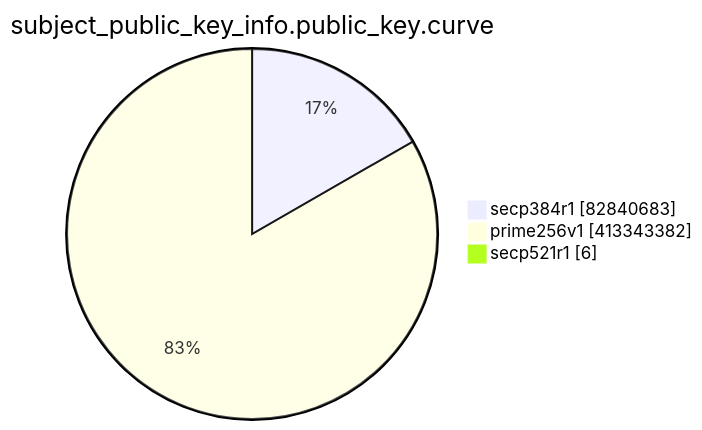
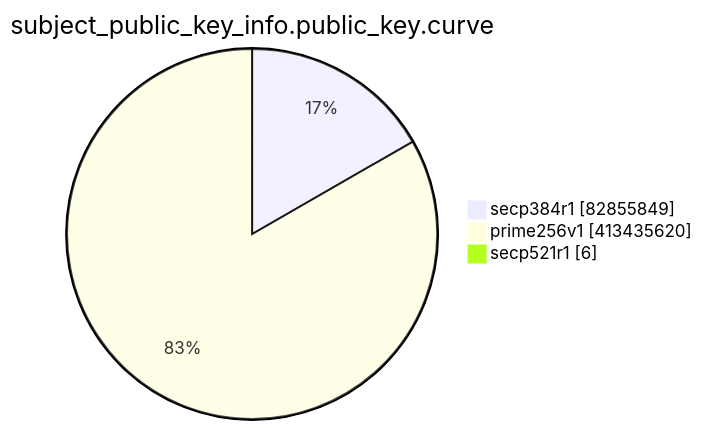
One commit to christiankrug/ctmonitor_visualization changed the eighth of 15 diagrams in TOTAL/README.md. Above: the diagram before and after it, drawn with Mermaid. The commit also changed other lines of this file, not shown here.

````diff
--- a/TOTAL/README.md
+++ b/TOTAL/README.md
@@ -3098,7 +3098,7 @@
 ```mermaid
 pie showData
 title subject_public_key_info.public_key.curve
-"secp384r1" :82840683
-"prime256v1" :413343382
+"secp384r1" :82855849
+"prime256v1" :413435620
 "secp521r1" :6
 ```
````
